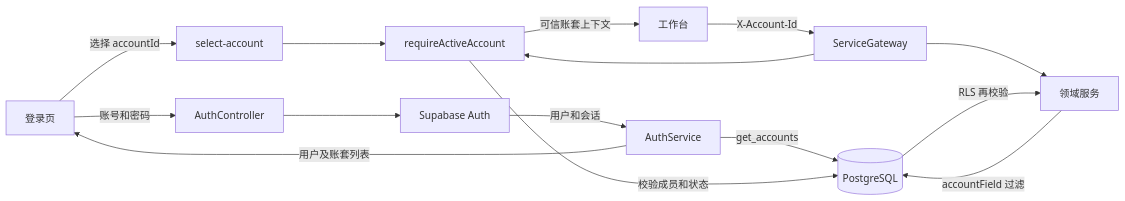
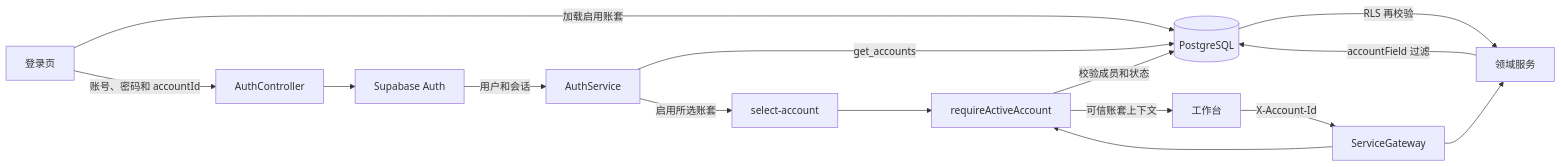
The first of 2 diagrams in docs/account-set-implementation.md (iosandrod/enLearn), drawn with Mermaid before and after one commit. The commit also changed other lines of this file and 255 other files, not shown here.

````diff
--- a/docs/account-set-implementation.md
+++ b/docs/account-set-implementation.md
@@ -19,17 +18,17 @@
 ```mermaid
 flowchart LR
-  A[登录页] -->|账号和密码| B[AuthController]
+  A[登录页] -->|加载启用账套| E[(PostgreSQL)]
+  A -->|账号、密码和 accountId| B[AuthController]
   B --> C[Supabase Auth]
   C -->|用户和会话| D[AuthService]
   D -->|get_accounts| E[(PostgreSQL)]
-  D -->|用户及账套列表| A
-  A -->|选择 accountId| F[select-account]
+  D -->|启用所选账套| F[select-account]
   F --> G[requireActiveAccount]
   G -->|校验成员和状态| E
   G -->|可信账套上下文| H[工作台]
   H -->|X-Account-Id| I[ServiceGateway]
   I --> G
   I --> J[领域服务]
   J -->|accountField 过滤| E
   E -->|RLS 再校验| J
 ```
````
